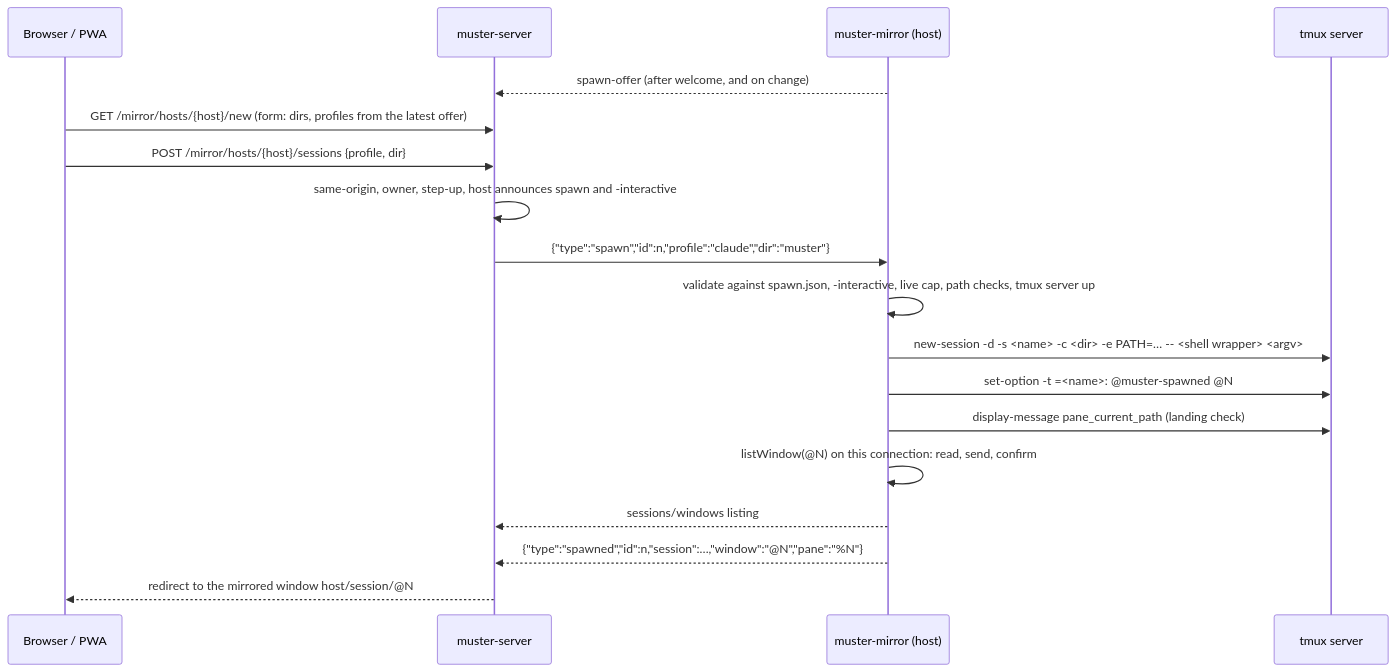
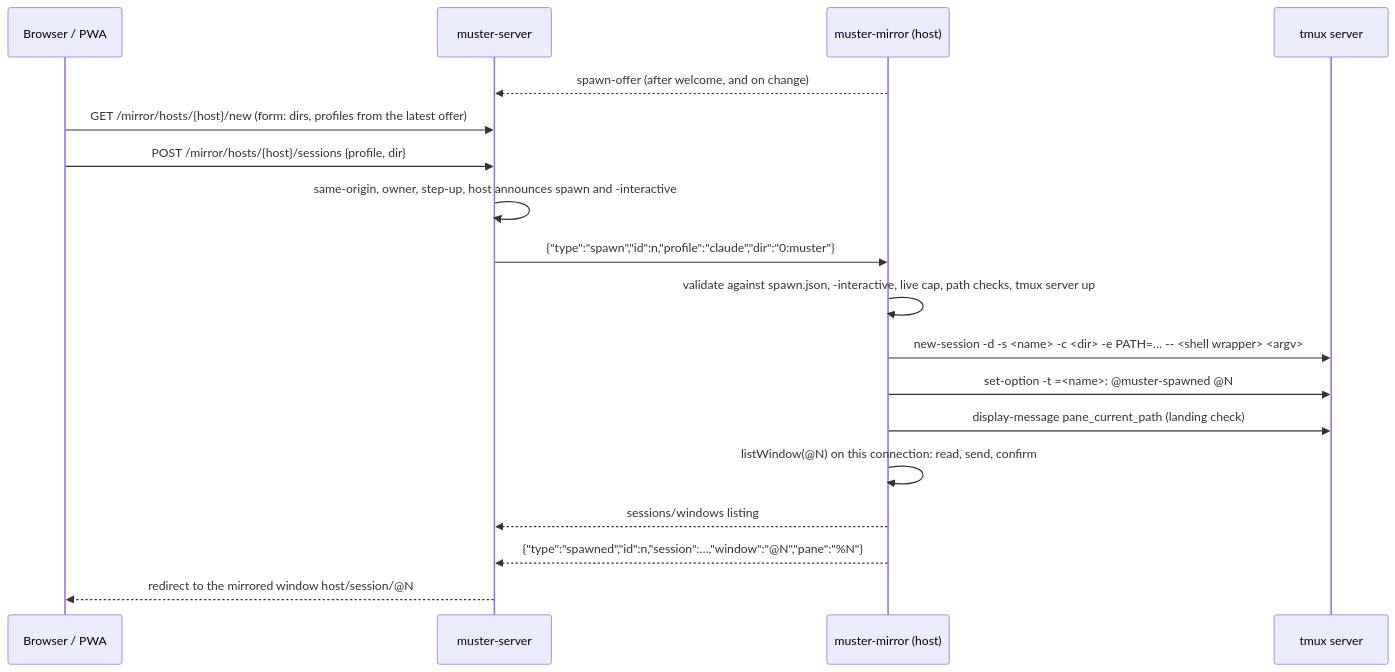
Before and after one commit to ZacxDev/muster: the diagram in docs/design/host-sessions.md, drawn with Mermaid. The commit also changed other lines of this file and 40 other files, not shown here.

````diff
--- a/docs/design/host-sessions.md
+++ b/docs/design/host-sessions.md
@@ -298,20 +264,20 @@
 ```mermaid
 sequenceDiagram
   participant U as Browser / PWA
   participant M as muster-server
   participant H as muster-mirror (host)
   participant T as tmux server
   H-->>M: spawn-offer (after welcome, and on change)
   U->>M: GET /mirror/hosts/{host}/new (form: dirs, profiles from the latest offer)
   U->>M: POST /mirror/hosts/{host}/sessions {profile, dir}
   M->>M: same-origin, owner, step-up, host announces spawn and -interactive
-  M->>H: {"type":"spawn","id":n,"profile":"claude","dir":"muster"}
+  M->>H: {"type":"spawn","id":n,"profile":"claude","dir":"0:muster"}
   H->>H: validate against spawn.json, -interactive, live cap, path checks, tmux server up
   H->>T: new-session -d -s <name> -c <dir> -e PATH=… -- <shell wrapper> <argv>
   H->>T: set-option -t =<name>: @muster-spawned @N
   H->>T: display-message pane_current_path (landing check)
   H->>H: listWindow(@N) on this connection: read, send, confirm
   H-->>M: sessions/windows listing
   H-->>M: {"type":"spawned","id":n,"session":…,"window":"@N","pane":"%N"}
   M-->>U: redirect to the mirrored window host/session/@N
 ```
````
